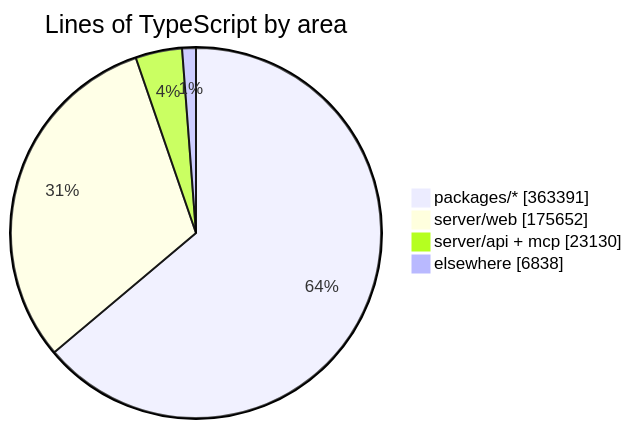
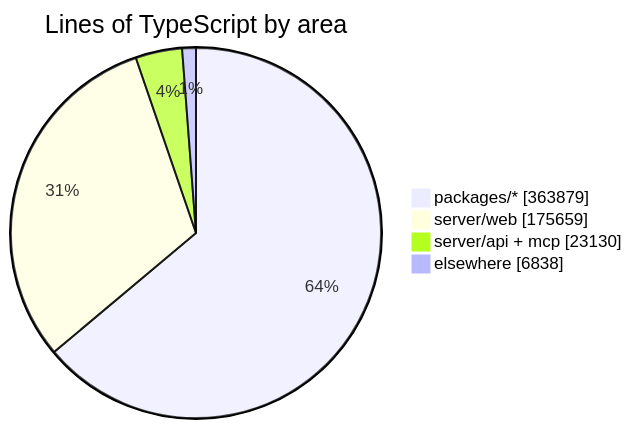
One commit to crossworks-engineering/mantle changed the diagram in README.md. Above: the diagram before and after it, drawn with Mermaid. The commit also changed other lines of this file and 2 other files, not shown here.

````diff
--- a/README.md
+++ b/README.md
@@ -294,7 +294,7 @@
 ```mermaid
 pie showData title Lines of TypeScript by area
-    "packages/*" : 363391
-    "server/web" : 175652
+    "packages/*" : 363879
+    "server/web" : 175659
     "server/api + mcp" : 23130
     "elsewhere" : 6838
 ```
````
